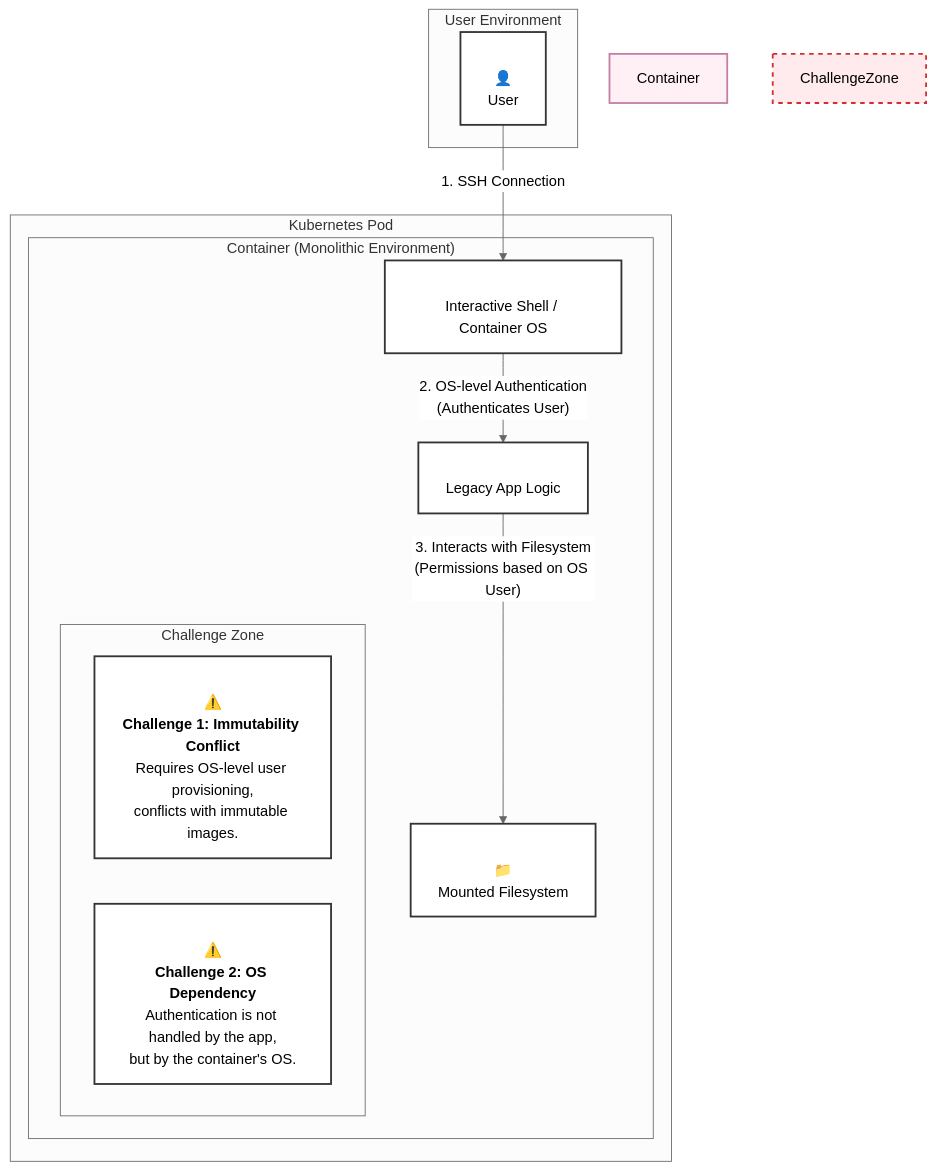
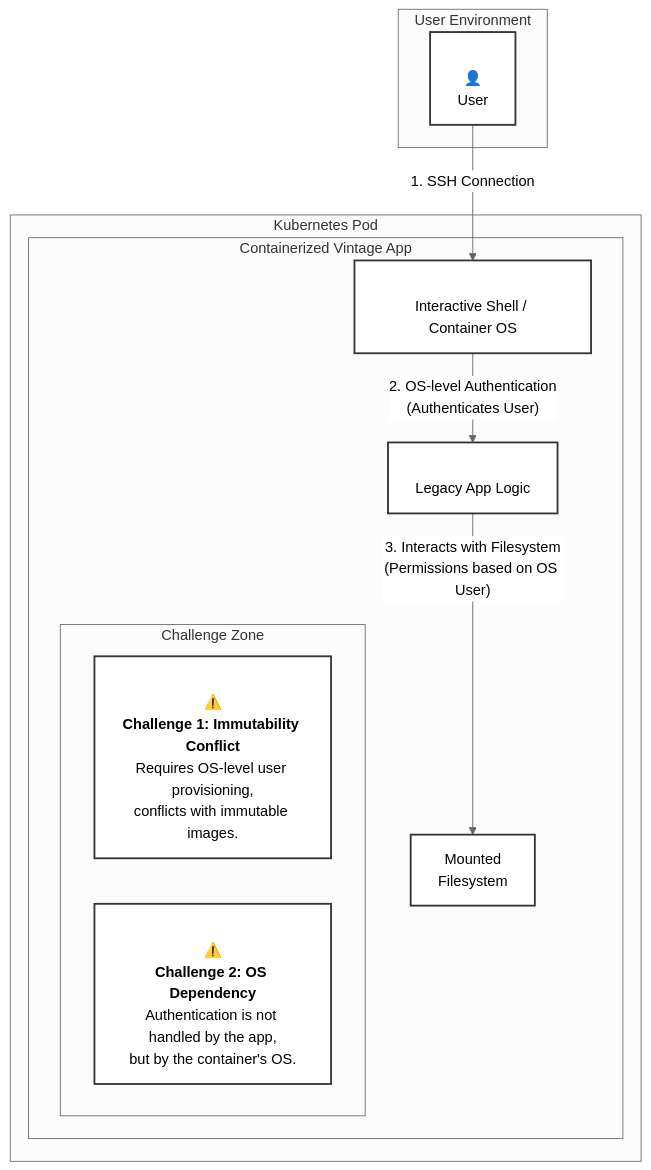
Before and after one commit to romdalf/romadams.com: the second of 7 diagrams in docs/portfolio/ntap/nfsv4auth/index.md, drawn with Mermaid (neutral theme). The commit also changed other lines of this file, not shown here.

````diff
--- a/docs/portfolio/ntap/nfsv4auth/index.md
+++ b/docs/portfolio/ntap/nfsv4auth/index.md
@@ -84,30 +83,28 @@
 ```mermaid
 graph TD
     subgraph "User Environment"
         User[<br>👤<br>User]
     end
 
     subgraph "Kubernetes Pod"
-        subgraph "Container (Monolithic Environment)"
-            style Container fill:#fff0f5,stroke:#c57fa5
+        subgraph "Containerized Vintage App"
             
             App[<br>Legacy App Logic]
             Shell[<br>Interactive Shell / Container OS]
-            Volume[<br>📁<br>Mounted Filesystem]
+            Volume[Mounted<br>Filesystem]
             
             subgraph "Challenge Zone"
-                style ChallengeZone fill:#ffebee,stroke:#d32f2f,stroke-dasharray: 5 5
                 Challenge1["<br>⚠️<br><b>Challenge 1: Immutability Conflict</b><br>Requires OS-level user provisioning,<br>conflicts with immutable images."]
                 Challenge2["<br>⚠️<br><b>Challenge 2: OS Dependency</b><br>Authentication is not handled by the app,<br>but by the container's OS."]
             end
 
         end
     end
     
     %% --- Tightly Coupled Flow ---
     User -- "1. SSH Connection" --> Shell
     Shell -- "2. OS-level Authentication<br>(Authenticates User)" --> App
     App -- "3. Interacts with Filesystem<br>(Permissions based on OS User)" --> Volume
     
     classDef default fill:#fff,stroke:#333,stroke-width:2px;
 ```
````
